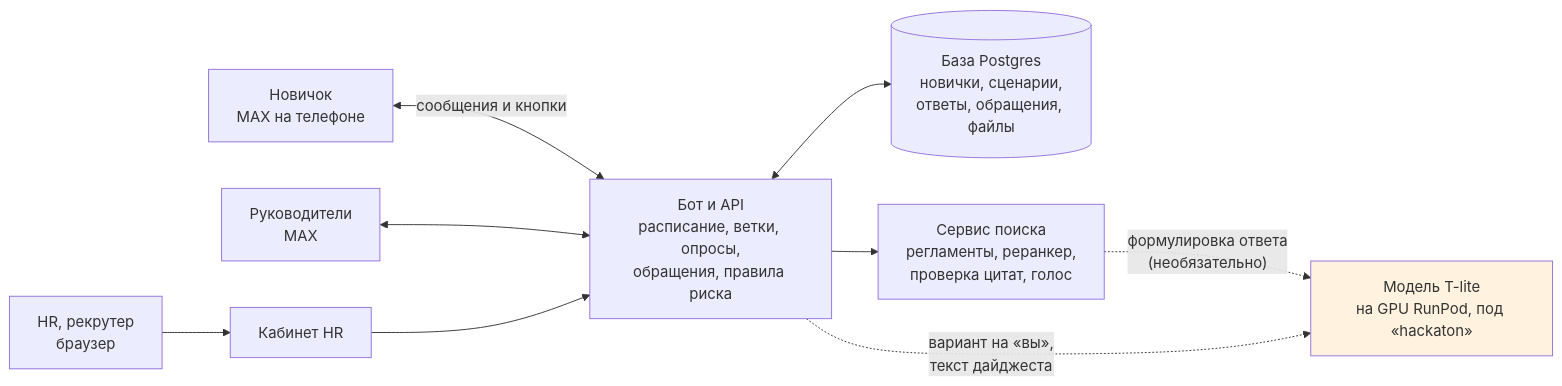
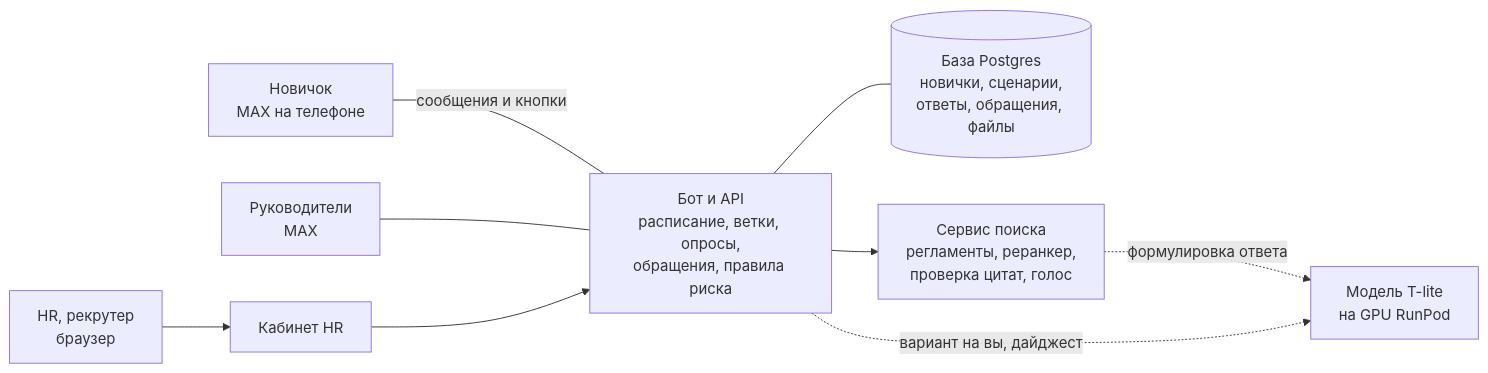
The first of 2 diagrams in agency/system/Human/01-platform-overview.md (kunak-agency/polyplastic-bot), drawn with Mermaid before and after one commit. The commit also changed other lines of this file and 6 other files, not shown here.

Commit message:
Документы для человека: схема «Из чего состоит система» без двусторонних стрелок и раскраски — рендерится в старых просмотрщиках Mermaid

````diff
--- a/agency/system/Human/01-platform-overview.md
+++ b/agency/system/Human/01-platform-overview.md
@@ -40,12 +40,19 @@
 ```mermaid
 flowchart LR
-    N["Новичок<br/>MAX на телефоне"] <-->|"сообщения и кнопки"| BE
-    M["Руководители<br/>MAX"] <--> BE
-    HR["HR, рекрутер<br/>браузер"] --> FE["Кабинет HR"]
-    FE --> BE["Бот и API<br/>расписание, ветки, опросы,<br/>обращения, правила риска"]
-    BE <--> DB[("База Postgres<br/>новички, сценарии,<br/>ответы, обращения, файлы")]
-    BE --> RAG["Сервис поиска<br/>регламенты, реранкер,<br/>проверка цитат, голос"]
-    RAG -.->|"формулировка ответа<br/>(необязательно)"| LLM["Модель T-lite<br/>на GPU RunPod, под «hackaton»"]
-    BE -.->|"вариант на «вы»,<br/>текст дайджеста"| LLM
-    style LLM fill:#fff3e0
+    N["Новичок<br/>MAX на телефоне"]
+    M["Руководители<br/>MAX"]
+    HR["HR, рекрутер<br/>браузер"]
+    FE["Кабинет HR"]
+    BE["Бот и API<br/>расписание, ветки, опросы,<br/>обращения, правила риска"]
+    DB[("База Postgres<br/>новички, сценарии,<br/>ответы, обращения, файлы")]
+    RAG["Сервис поиска<br/>регламенты, реранкер,<br/>проверка цитат, голос"]
+    LLM["Модель T-lite<br/>на GPU RunPod"]
+    N -- "сообщения и кнопки" --- BE
+    M --- BE
+    HR --> FE
+    FE --> BE
+    BE --- DB
+    BE --> RAG
+    RAG -. "формулировка ответа" .-> LLM
+    BE -. "вариант на вы, дайджест" .-> LLM
 ```
````
